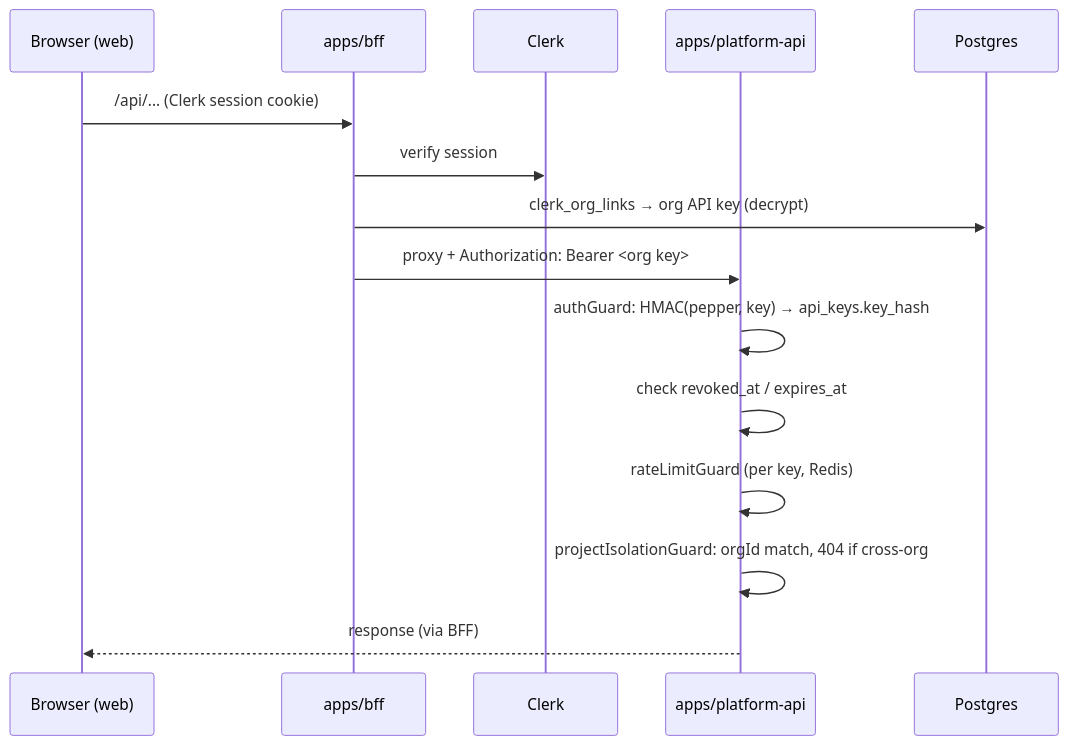
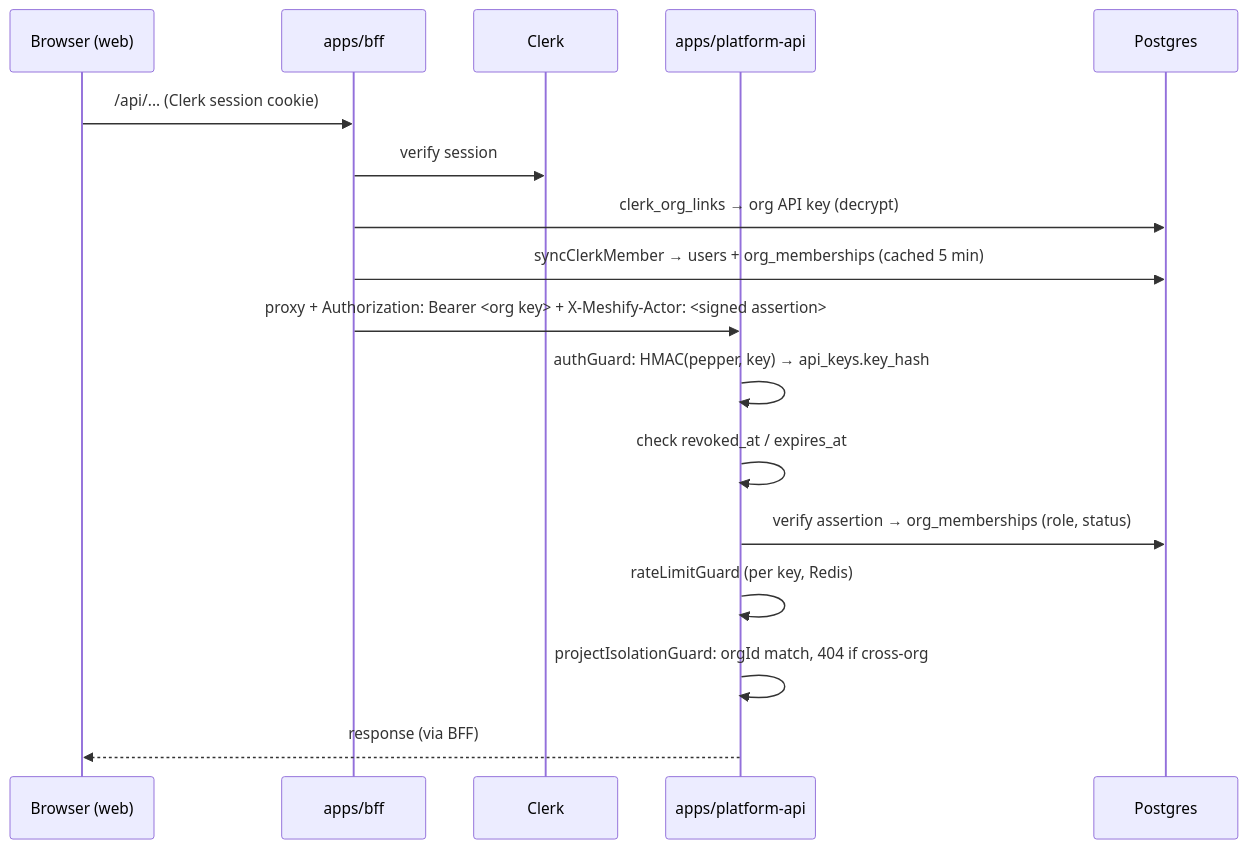
One commit to HritikKaushik/Meshify changed the first of 2 diagrams in docs/backend/auth.md. Above: the diagram before and after it, drawn with Mermaid. The commit also changed other lines of this file and 27 other files, not shown here.

````diff
--- a/docs/backend/auth.md
+++ b/docs/backend/auth.md
@@ -31,18 +35,20 @@
 ```mermaid
 sequenceDiagram
   participant B as Browser (web)
   participant BFF as apps/bff
   participant Clerk
   participant API as apps/platform-api
   participant DB as Postgres
 
   B->>BFF: /api/... (Clerk session cookie)
   BFF->>Clerk: verify session
   BFF->>DB: clerk_org_links → org API key (decrypt)
-  BFF->>API: proxy + Authorization: Bearer <org key>
+  BFF->>DB: syncClerkMember → users + org_memberships (cached 5 min)
+  BFF->>API: proxy + Authorization: Bearer <org key> + X-Meshify-Actor: <signed assertion>
   API->>API: authGuard: HMAC(pepper, key) → api_keys.key_hash
   API->>API: check revoked_at / expires_at
+  API->>DB: verify assertion → org_memberships (role, status)
   API->>API: rateLimitGuard (per key, Redis)
   API->>API: projectIsolationGuard: orgId match, 404 if cross-org
   API-->>B: response (via BFF)
 ```
````
